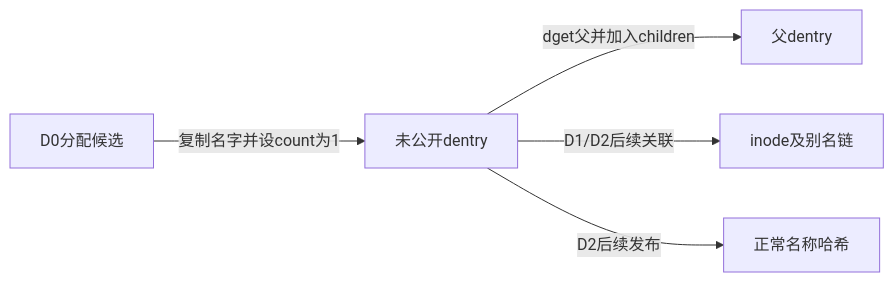
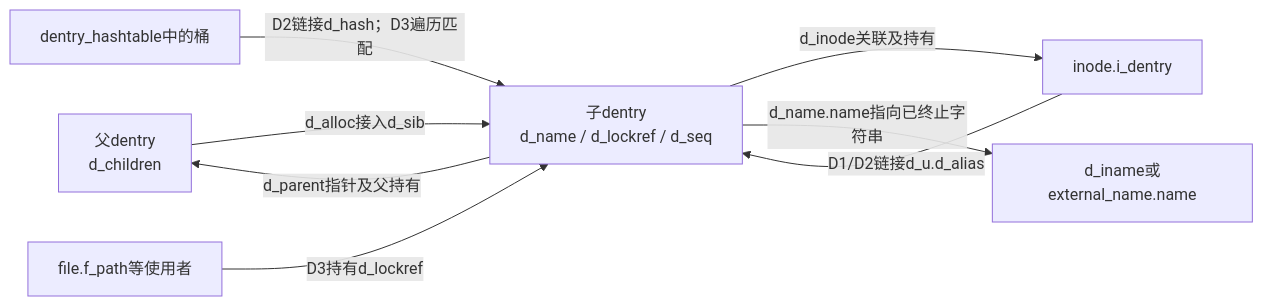
Before and after one commit to FormingSystem/linux_note: the first of 3 diagrams in research/source_reading/vfs/source_explanations/P11_名称候选的建立发布与持有.md, drawn with Mermaid. The commit also changed other lines of this file and 4 other files, not shown here.

````diff
--- a/research/source_reading/vfs/source_explanations/P11_名称候选的建立发布与持有.md
+++ b/research/source_reading/vfs/source_explanations/P11_名称候选的建立发布与持有.md
@@ -123,7 +137,10 @@
 ```mermaid
 flowchart LR
-    alloc["D0分配候选"] -->|"复制名字并设count为1"| child["未公开dentry"]
-    child -->|"dget父并加入children"| parent["父dentry"]
-    child -->|"D1/D2后续关联"| inode["inode及别名链"]
-    child -->|"D2后续发布"| hash["正常名称哈希"]
+    p["父dentry<br/>d_children"] -->|"d_alloc接入d_sib"| d["子dentry<br/>d_name / d_lockref / d_seq"]
+    d -->|"d_parent指针及父持有"| p
+    h["dentry_hashtable中的桶"] -->|"D2链接d_hash；D3遍历匹配"| d
+    i["inode.i_dentry"] -->|"D1/D2链接d_u.d_alias"| d
+    d -->|"d_inode关联及持有"| i
+    d -->|"d_name.name指向已终止字符串"| name["d_iname或external_name.name"]
+    f["file.f_path等使用者"] -->|"D3持有d_lockref"| d
 ```
````
